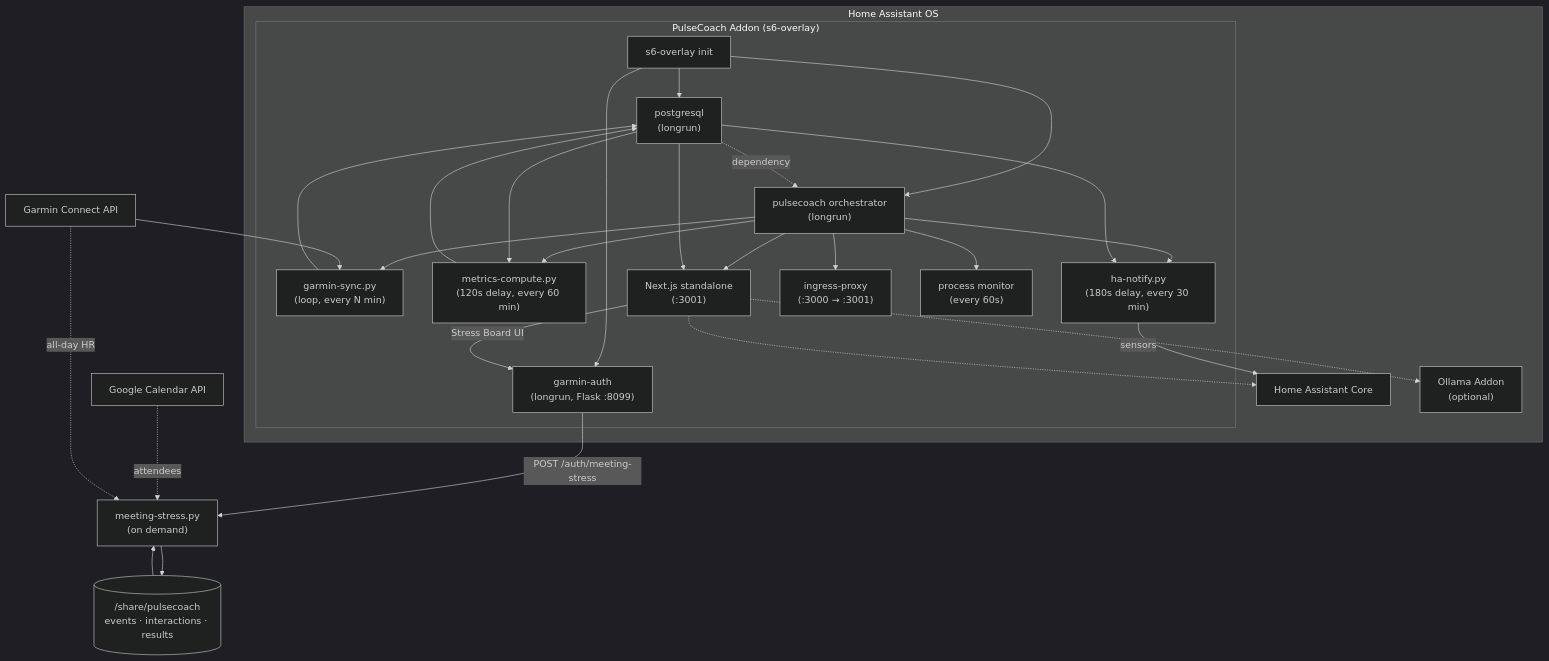
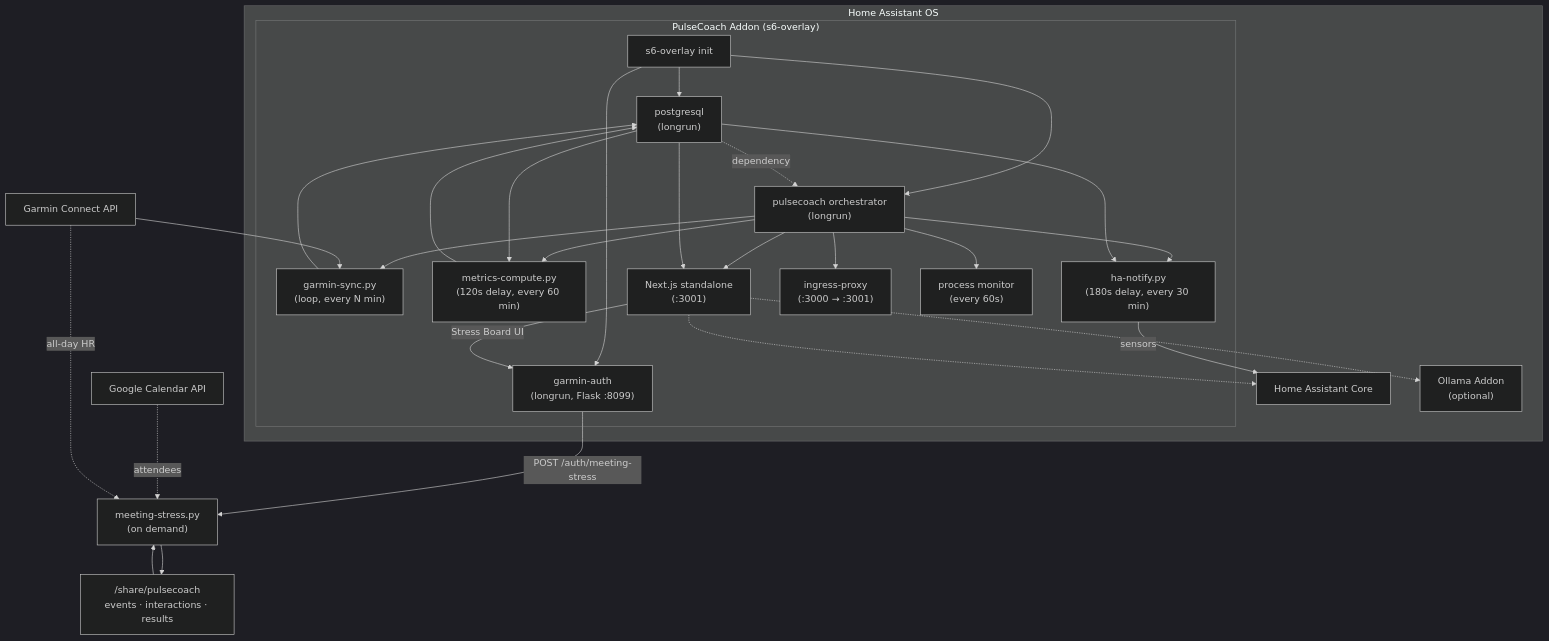
The diagram in README.md (askb/ha-garmin-fitness-coach-addon), drawn with Mermaid (dark theme) before and after one commit. The commit also changed 1 other file, not shown here.

Commit message:
docs: address review nits on stress board docs

````diff
--- a/README.md
+++ b/README.md
@@ -133,53 +133,53 @@
 ```mermaid
 graph TD
     subgraph "Home Assistant OS"
         subgraph "PulseCoach Addon (s6-overlay)"
             S6["s6-overlay init"]
             PG["postgresql<br/>(longrun)"]
             Auth["garmin-auth<br/>(longrun, Flask :8099)"]
             GC["pulsecoach orchestrator<br/>(longrun)"]
             Sync["garmin-sync.py<br/>(loop, every N min)"]
             Metrics["metrics-compute.py<br/>(120s delay, every 60 min)"]
             Notify["ha-notify.py<br/>(180s delay, every 30 min)"]
             NextJS["Next.js standalone<br/>(:3001)"]
             Ingress["ingress-proxy<br/>(:3000 → :3001)"]
             Monitor["process monitor<br/>(every 60s)"]
         end
         HA["Home Assistant Core"]
         Ollama["Ollama Addon<br/>(optional)"]
     end
 
     Garmin["Garmin Connect API"]
 
     S6 --> PG
     S6 --> Auth
     S6 --> GC
     PG -.->|dependency| GC
     GC --> Sync
     GC --> Metrics
     GC --> Notify
     GC --> NextJS
     GC --> Ingress
     GC --> Monitor
 
     Garmin --> Sync
     Sync --> PG
     PG --> Metrics
     Metrics --> PG
     PG --> Notify
     Notify -->|sensors| HA
     PG --> NextJS
     NextJS -.-> Ollama
     NextJS -.-> HA
 
     GCal["Google Calendar API"]
     Stress["meeting-stress.py<br/>(on demand)"]
-    Share[("/share/pulsecoach<br/>events · interactions · results")]
+    Share["/share/pulsecoach<br/>events · interactions · results"]
 
     Auth -->|POST /auth/meeting-stress| Stress
     GCal -.->|attendees| Stress
     Garmin -.->|all-day HR| Stress
     Share --> Stress
     Stress --> Share
     NextJS -->|Stress Board UI| Auth
 ```
````
